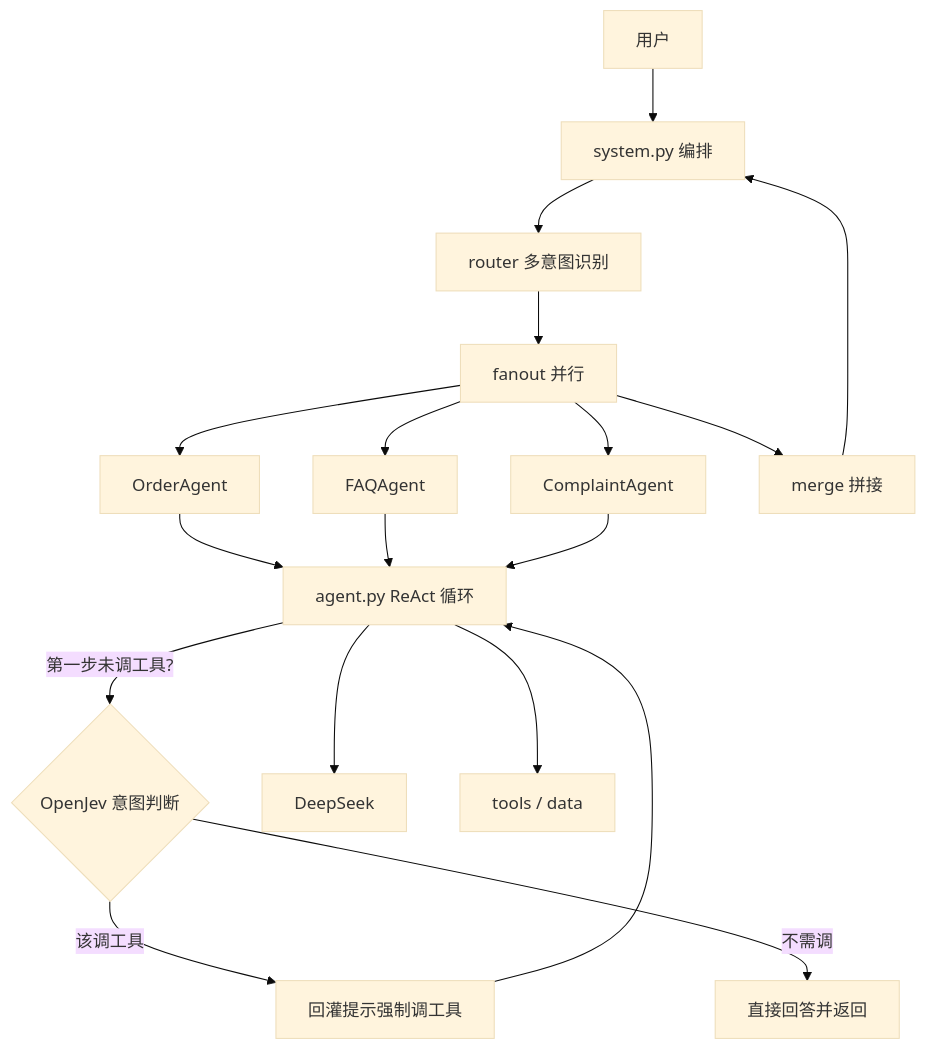
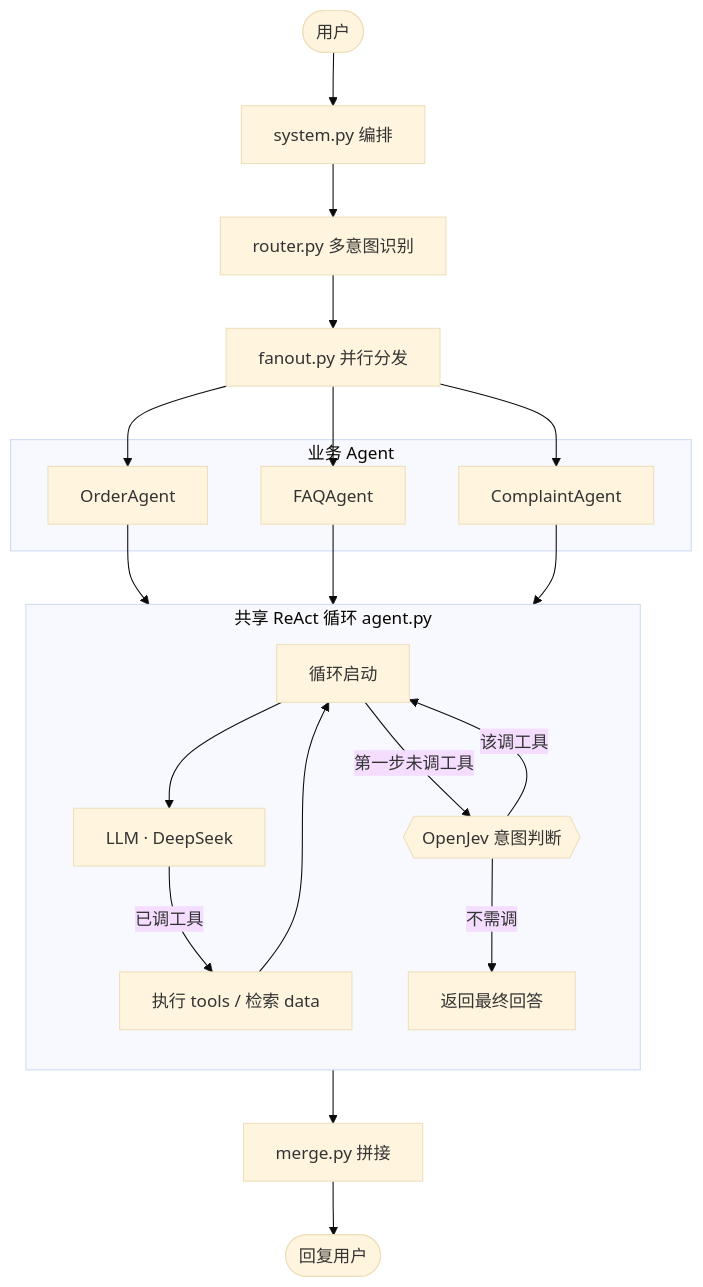
Before and after one commit to AercherC/jev-multi-agent-system: the diagram in README.md, drawn with Mermaid (base theme). The commit also changed 1 other file, not shown here.

Commit message:
docs: redesign architecture flowcharts as layered subgraph layout

````diff
--- a/README.md
+++ b/README.md
@@ -51,16 +51,26 @@
 ```mermaid
-graph TD
-    U[用户] --> SYS["system.py 编排"]
-    SYS --> R["router 多意图识别"]
-    R --> F["fanout 并行"]
-    F --> OA[OrderAgent] & FA[FAQAgent] & CA[ComplaintAgent]
-    OA & FA & CA --> AG["agent.py ReAct 循环"]
-    AG -->|第一步未调工具?| JEV{"OpenJev 意图判断"}
-    JEV -->|该调工具| RETRY["回灌提示强制调工具"]
-    RETRY --> AG
-    JEV -->|不需调| ANS["直接回答并返回"]
-    AG --> LLM[DeepSeek]
-    AG --> TOOLS[tools / data]
-    F --> M["merge 拼接"]
-    M --> SYS
+flowchart TB
+    U([用户]) --> SYS["system.py 编排"]
+    SYS --> ROUTER["router.py 多意图识别"]
+    ROUTER --> FANOUT["fanout.py 并行分发"]
+
+    subgraph agents["业务 Agent"]
+        OA[OrderAgent]
+        FA[FAQAgent]
+        CA[ComplaintAgent]
+    end
+    FANOUT --> OA & FA & CA
+
+    subgraph loop["共享 ReAct 循环 agent.py"]
+        direction TB
+        ENTRY[循环启动] --> LLM[LLM · DeepSeek]
+        LLM -->|已调工具| RUN[执行 tools / 检索 data]
+        RUN --> ENTRY
+        ENTRY -->|第一步未调工具| JEV{{OpenJev 意图判断}}
+        JEV -->|该调工具| ENTRY
+        JEV -->|不需调| FINAL[返回最终回答]
+    end
+    OA & FA & CA --> ENTRY
+    FINAL --> MERGE["merge.py 拼接"]
+    MERGE --> OUT([回复用户])
 ```
````
